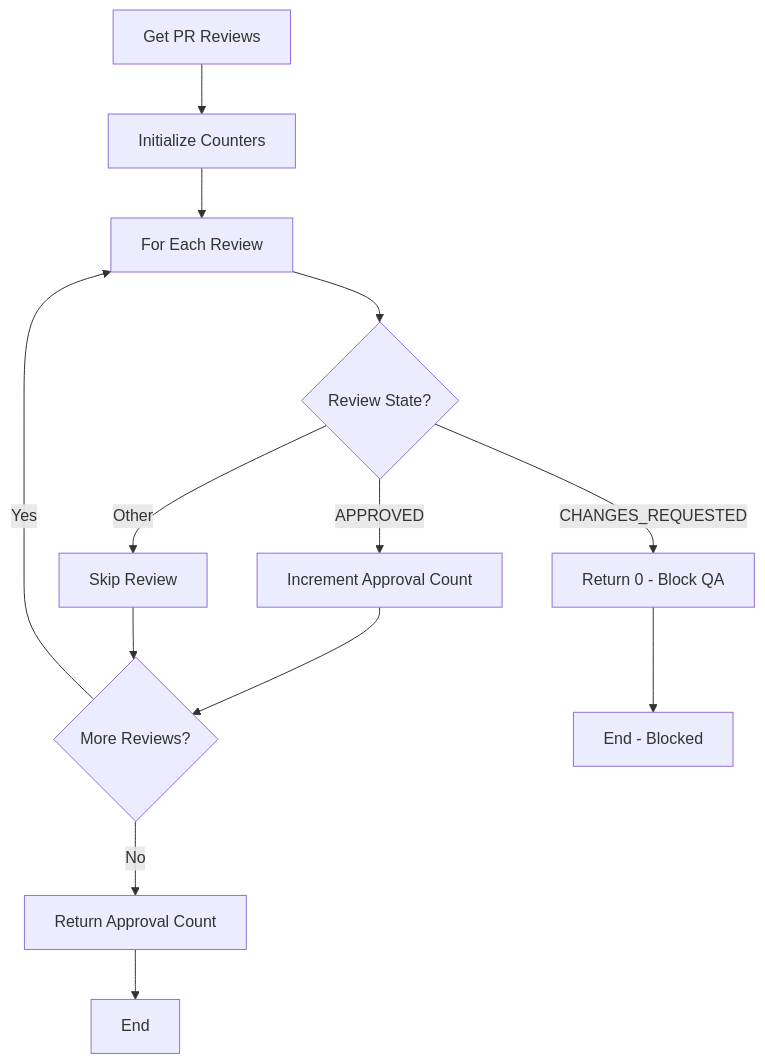
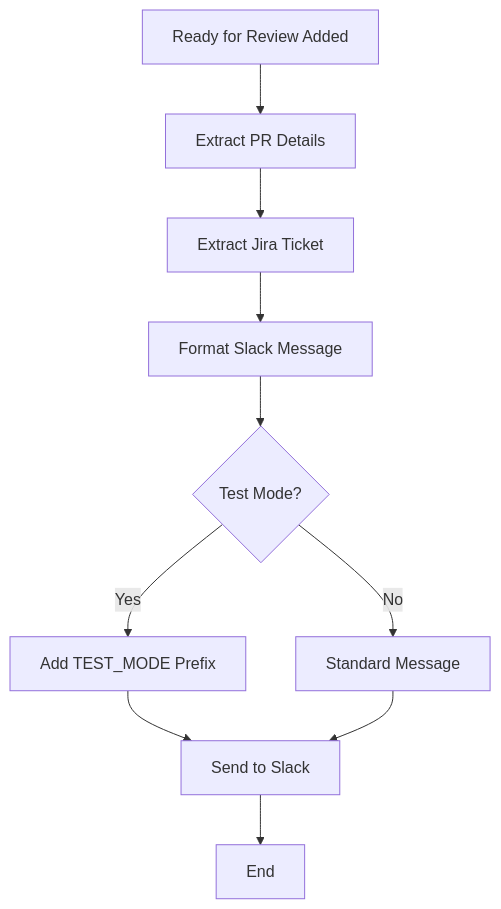
One commit to adobecom/express-milo changed the third of 6 diagrams in QA-LABEL-MANAGEMENT-DOCUMENTATION.md. Above: the diagram before and after it, drawn with Mermaid. The commit also changed other lines of this file, not shown here.

````diff
--- a/QA-LABEL-MANAGEMENT-DOCUMENTATION.md
+++ b/QA-LABEL-MANAGEMENT-DOCUMENTATION.md
@@ -95,15 +100,12 @@
 ```mermaid
 flowchart TD
-    A[Get PR Reviews] --> B[Initialize Counters]
-    B --> C[For Each Review]
-    C --> D{Review State?}
-    D -->|APPROVED| E[Increment Approval Count]
-    D -->|CHANGES_REQUESTED| F[Return 0 - Block QA]
-    D -->|Other| G[Skip Review]
-    E --> H{More Reviews?}
-    F --> I[End - Blocked]
+    A[Ready for Review Added] --> B[Extract PR Details]
+    B --> C[Extract Jira Ticket]
+    C --> D[Format Slack Message]
+    D --> E{Test Mode?}
+    E -->|Yes| F[Add TEST_MODE Prefix]
+    E -->|No| G[Standard Message]
+    F --> H[Send to Slack]
     G --> H
-    H -->|Yes| C
-    H -->|No| J[Return Approval Count]
-    J --> K[End]
+    H --> I[End]
 ```
````
